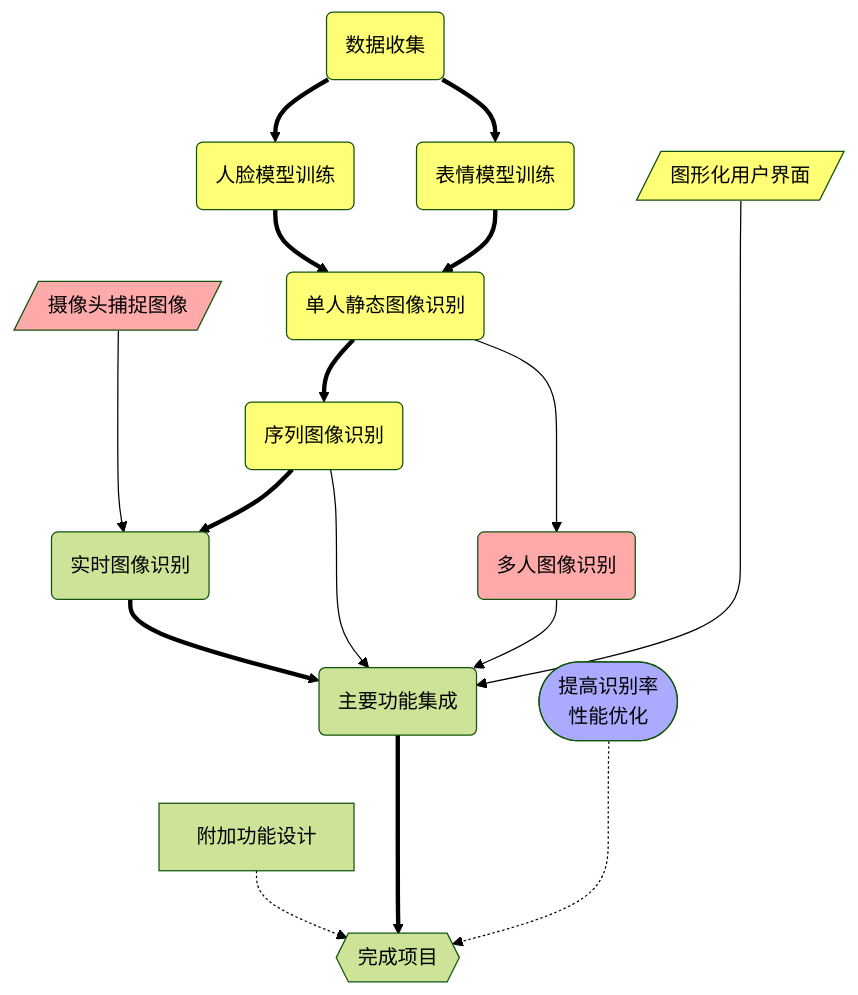
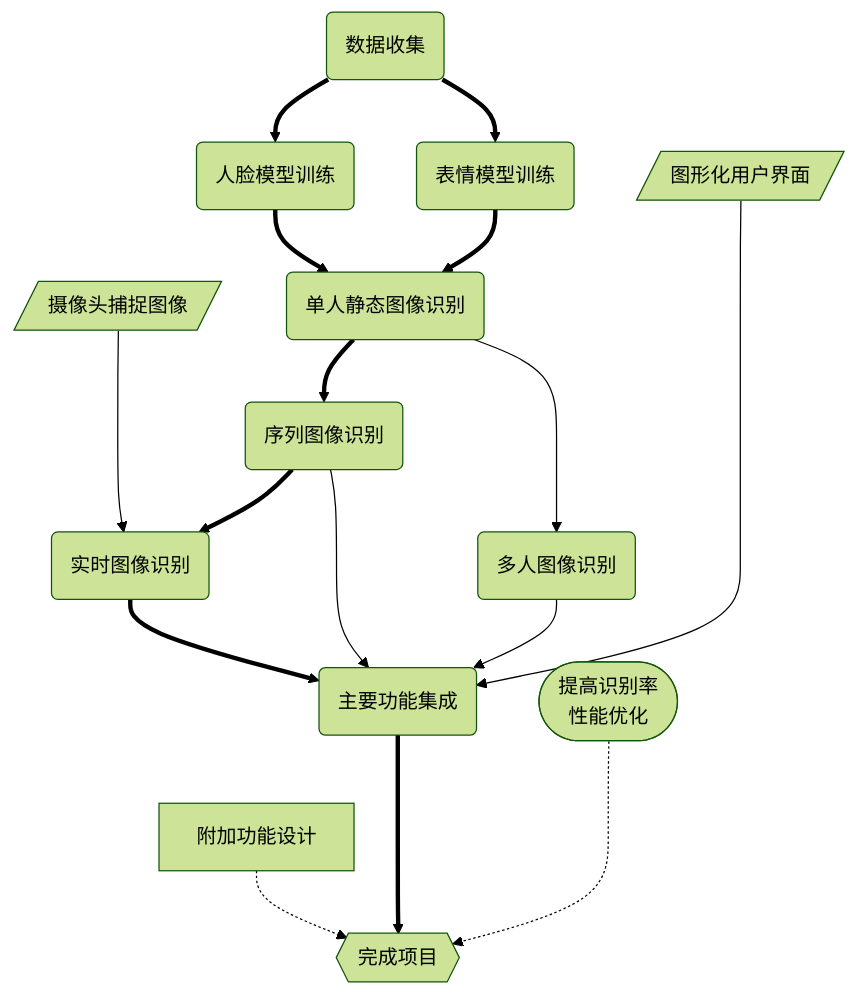
Before and after one commit to Hemerocalle/Graduation-Design: the diagram in 技术路线.md, drawn with Mermaid (forest theme). The commit also changed 4 other files, not shown here.

````diff
--- a/技术路线.md
+++ b/技术路线.md
@@ -1,26 +1,17 @@
 ```mermaid
 graph TB
 H[/摄像头捕捉图像/] ---> E
 A(数据收集) ==>
 B(人脸模型训练) ==>
 C(单人静态图像识别) ==>
 D(序列图像识别) ==>
 E(实时图像识别) ==>
 F(主要功能集成) ===>
 G{{完成项目}}
 A ==> L(表情模型训练) ==>  C
 C ---> J(多人图像识别) --> F
 I[/图形化用户界面/] -----> F
 D --> F
 K([提高识别率\n性能优化]) -..-> G
 附加功能设计 -.-> G
-style A fill:#FF7
-style B fill:#FF7
-style C fill:#FF7
-style D fill:#FF7
-style I fill:#FF7
-style L fill:#FF7
-style H fill:#FAA
-style J fill:#FAA
-style K fill:#AAF
 ```
````
